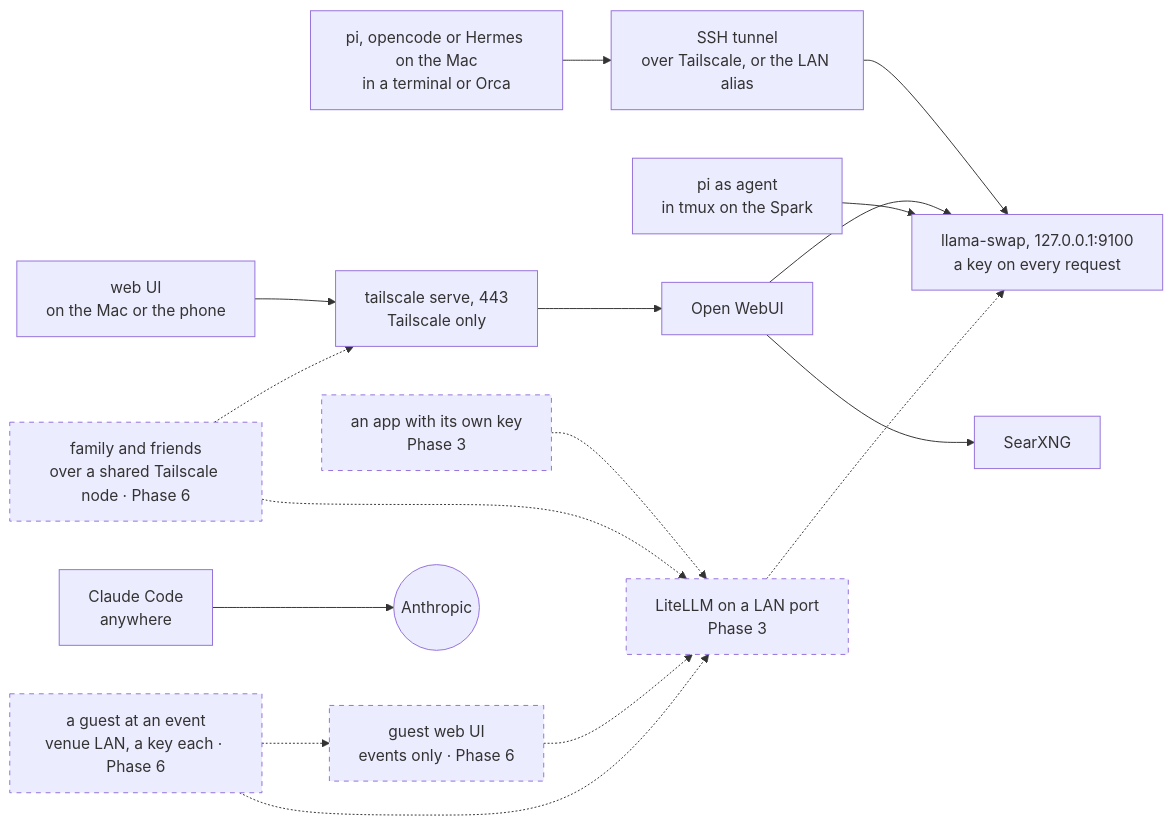
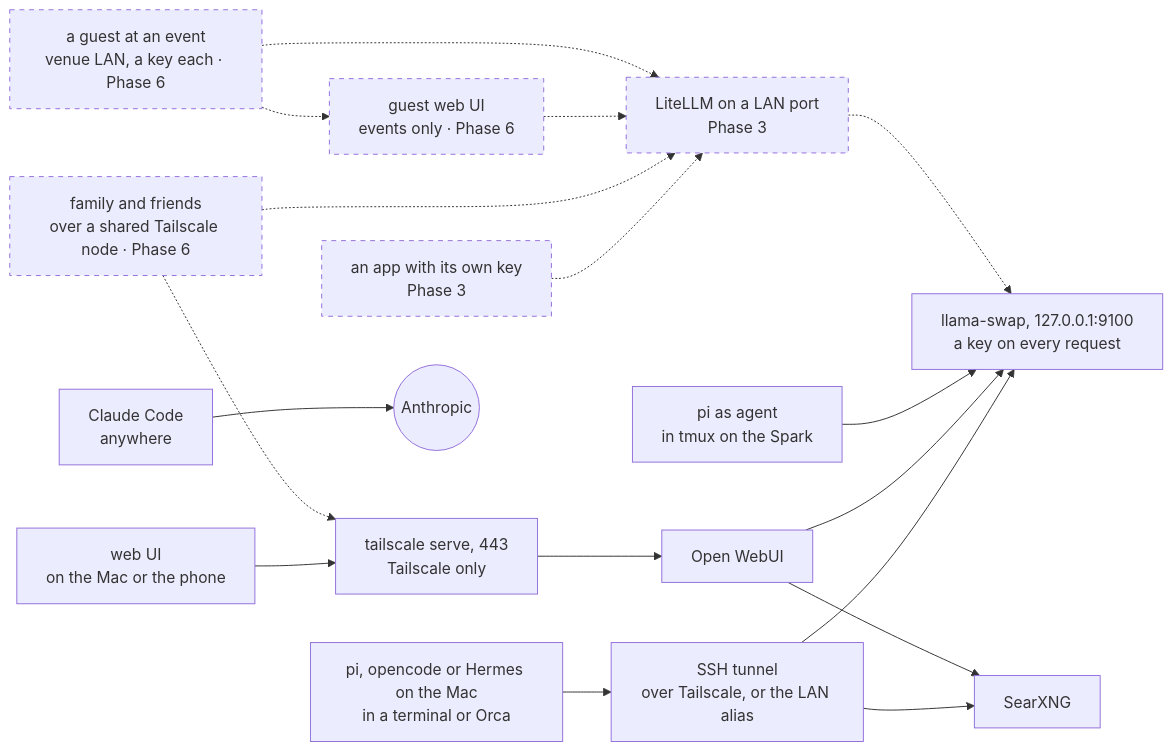
The second of 4 diagrams in website/architecture.qmd (chendaniely/local-ai), drawn with Mermaid before and after one commit. The commit also changed other lines of this file and 3 other files, not shown here.

````diff
--- a/website/architecture.qmd
+++ b/website/architecture.qmd
@@ -104,32 +106,33 @@
 ```{mermaid}
 flowchart LR
   classDef planned stroke-dasharray: 5 5
 
   piT["pi, opencode or Hermes on the Mac<br/>in a terminal or Orca"]
   ui["web UI<br/>on the Mac or the phone"]
   piA["pi as agent<br/>in tmux on the Spark"]
   cc["Claude Code<br/>anywhere"]
   app["an app with its own key<br/>Phase 3"]:::planned
   fam["family and friends<br/>over a shared Tailscale node · Phase 6"]:::planned
   guest["a guest at an event<br/>venue LAN, a key each · Phase 6"]:::planned
 
   tunnel["SSH tunnel<br/>over Tailscale, or the LAN alias"]
   guestui["guest web UI<br/>events only · Phase 6"]:::planned
   serve["tailscale serve, 443<br/>Tailscale only"]
   owui["Open WebUI"]
   searx["SearXNG"]
   swap["llama-swap, 127.0.0.1:9100<br/>a key on every request"]
   litellm["LiteLLM on a LAN port<br/>Phase 3"]:::planned
   anthropic(("Anthropic"))
 
   piT --> tunnel --> swap
+  tunnel --> searx
   ui --> serve --> owui --> swap
   owui --> searx
   piA --> swap
   cc --> anthropic
   app -.-> litellm -.-> swap
   fam -.-> serve
   fam -.-> litellm
   guest -.-> guestui -.-> litellm
   guest -.-> litellm
 ```
````
